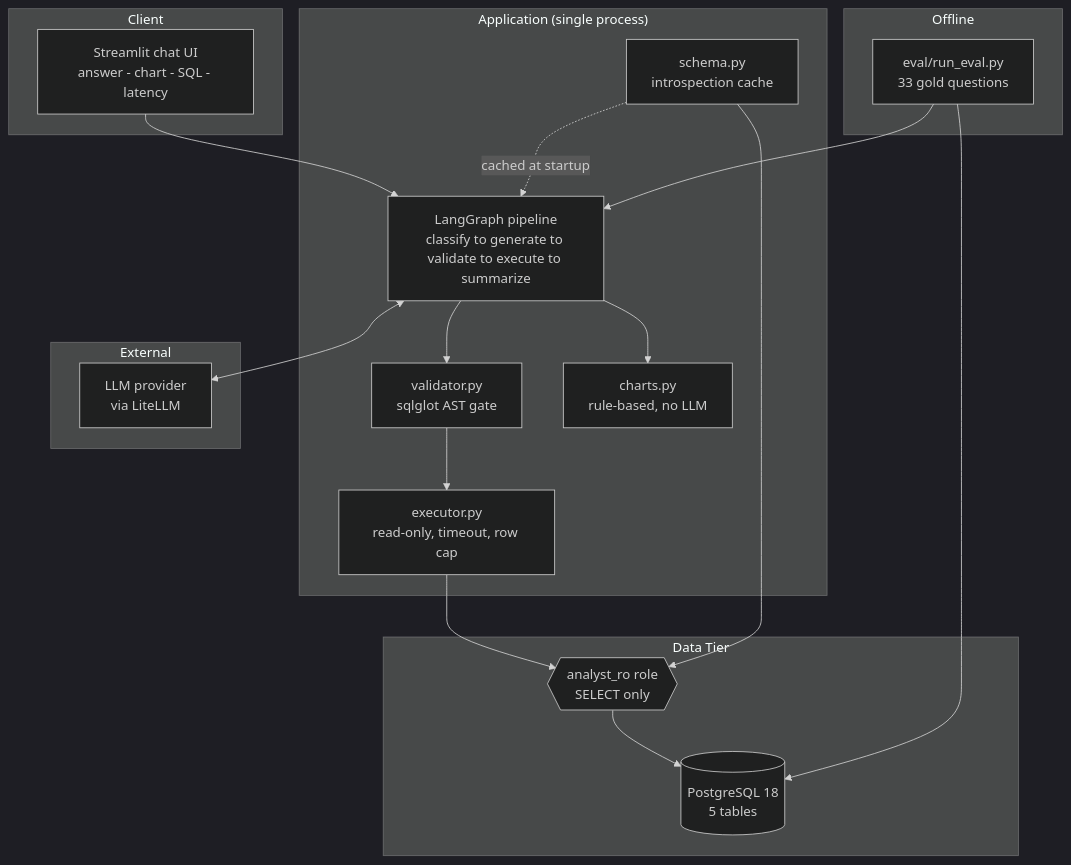
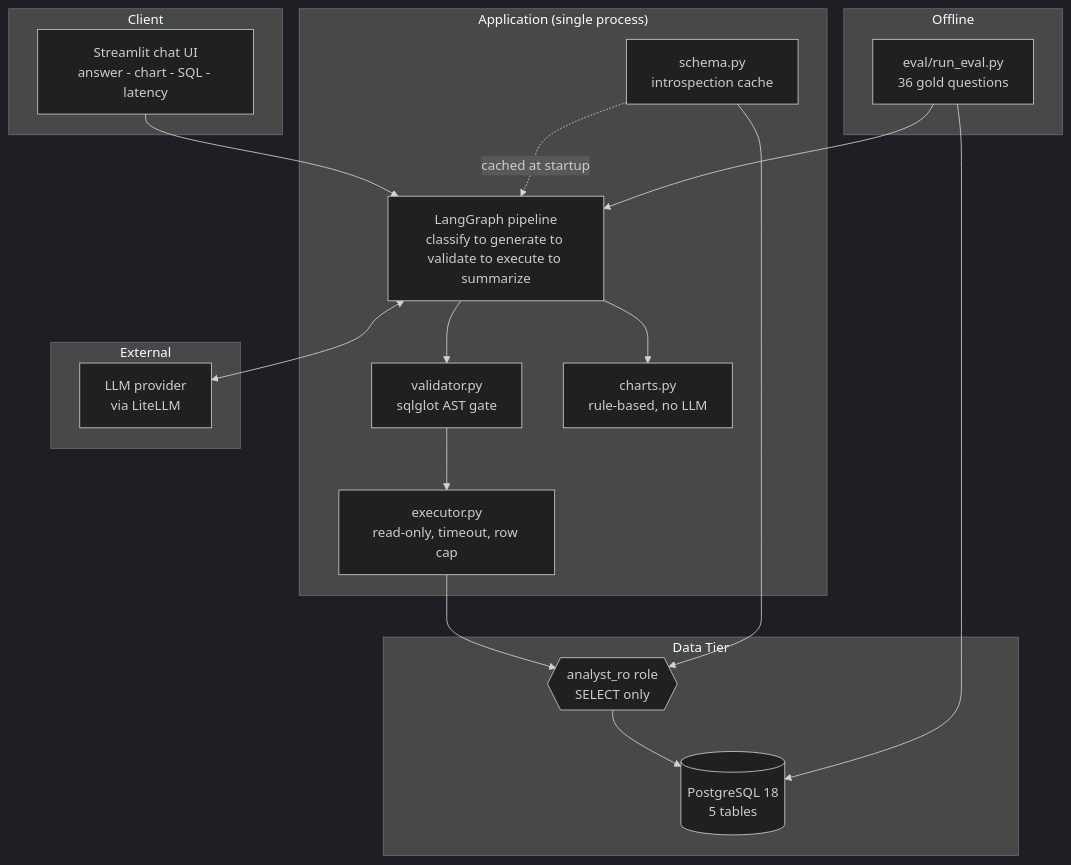
Before and after one commit to insafim/conversational-data-analyst: the first of 4 diagrams in docs/ARCHITECTURE.md, drawn with Mermaid (dark theme). The commit also changed other lines of this file and 12 other files, not shown here.

First line of the commit message:
feat(eval): window-function gold questions; sync every figure to runs 5 and 6

````diff
--- a/docs/ARCHITECTURE.md
+++ b/docs/ARCHITECTURE.md
@@ -129,39 +131,39 @@
 ```mermaid
 flowchart TB
     subgraph Client["Client"]
         UI["Streamlit chat UI<br/>answer - chart - SQL - latency"]
     end
 
     subgraph App["Application (single process)"]
         GRAPH["LangGraph pipeline<br/>classify to generate to validate to execute to summarize"]
         VAL["validator.py<br/>sqlglot AST gate"]
         EXEC["executor.py<br/>read-only, timeout, row cap"]
         CHART["charts.py<br/>rule-based, no LLM"]
         SCHEMA["schema.py<br/>introspection cache"]
     end
 
     subgraph Data["Data Tier"]
         RO{{"analyst_ro role<br/>SELECT only"}}
         PG[("PostgreSQL 18<br/>5 tables")]
     end
 
     subgraph External["External"]
         LLM["LLM provider<br/>via LiteLLM"]
     end
 
     subgraph Offline["Offline"]
-        EVAL["eval/run_eval.py<br/>33 gold questions"]
+        EVAL["eval/run_eval.py<br/>36 gold questions"]
     end
 
     UI --> GRAPH
     GRAPH --> VAL
     VAL --> EXEC
     EXEC --> RO
     RO --> PG
     GRAPH --> CHART
     SCHEMA -. cached at startup .-> GRAPH
     SCHEMA --> RO
     GRAPH <--> LLM
     EVAL --> GRAPH
     EVAL --> PG
 ```
````
